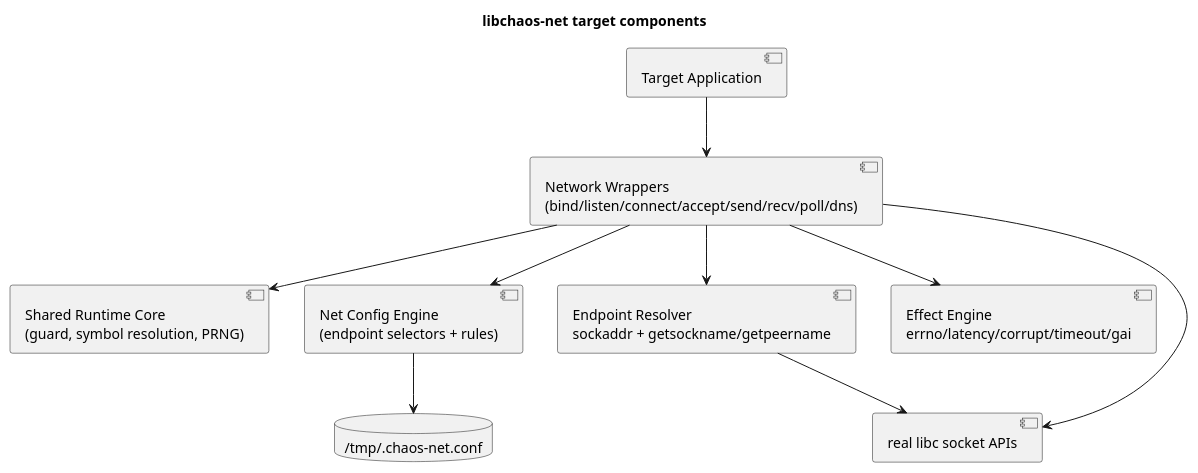
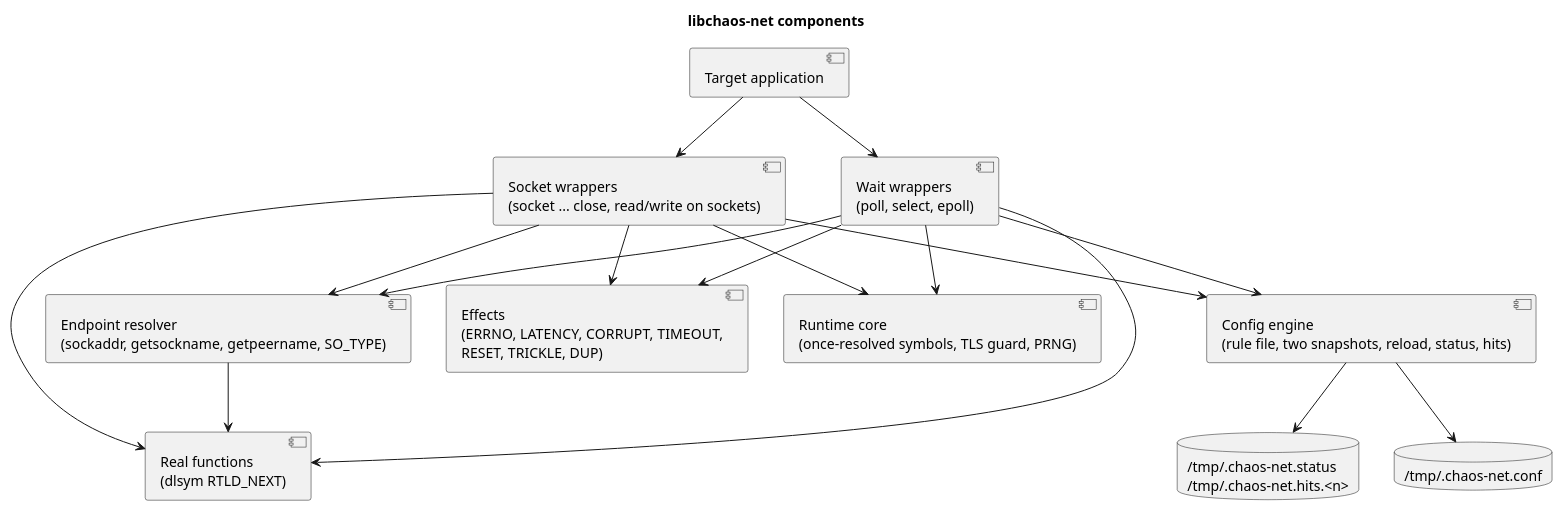
One commit to macstab/macstab-chaos-testing-libraries changed the first of 3 diagrams in docs/NETWORK.md. Above: the diagram before and after it, drawn with PlantUML. The commit also changed other lines of this file and 7 other files, not shown here.

````diff
--- a/docs/NETWORK.md
+++ b/docs/NETWORK.md
@@ -395,23 +302,32 @@
 ```plantuml
 @startuml
-title libchaos-net target components
+title libchaos-net components
 
-component "Target Application" as App
-component "Network Wrappers\n(bind/listen/connect/accept/send/recv/poll/dns)" as Wrappers
-component "Shared Runtime Core\n(guard, symbol resolution, PRNG)" as Core
-component "Net Config Engine\n(endpoint selectors + rules)" as Config
-component "Endpoint Resolver\nsockaddr + getsockname/getpeername" as Resolver
-component "Effect Engine\nerrno/latency/corrupt/timeout/gai" as Effects
-component "real libc socket APIs" as Libc
+component "Target application" as App
+component "Socket wrappers\n(socket ... close, read/write on sockets)" as Sock
+component "Wait wrappers\n(poll, select, epoll)" as Wait
+component "Runtime core\n(once-resolved symbols, TLS guard, PRNG)" as Core
+component "Config engine\n(rule file, two snapshots, reload, status, hits)" as Config
+component "Endpoint resolver\n(sockaddr, getsockname, getpeername, SO_TYPE)" as Resolver
+component "Effects\n(ERRNO, LATENCY, CORRUPT, TIMEOUT,\nRESET, TRICKLE, DUP)" as Effects
+component "Real functions\n(dlsym RTLD_NEXT)" as Real
 database "/tmp/.chaos-net.conf" as ConfigFile
+database "/tmp/.chaos-net.status\n/tmp/.chaos-net.hits.<n>" as Reports
 
-App --> Wrappers
-Wrappers --> Core
-Wrappers --> Config
-Wrappers --> Resolver
-Wrappers --> Effects
-Wrappers --> Libc
+App --> Sock
+App --> Wait
+Sock --> Core
+Wait --> Core
+Sock --> Resolver
+Wait --> Resolver
+Sock --> Config
+Wait --> Config
+Sock --> Effects
+Wait --> Effects
+Sock --> Real
+Wait --> Real
+Resolver --> Real
 Config --> ConfigFile
-Resolver --> Libc
+Config --> Reports
 @enduml
 ```
````
